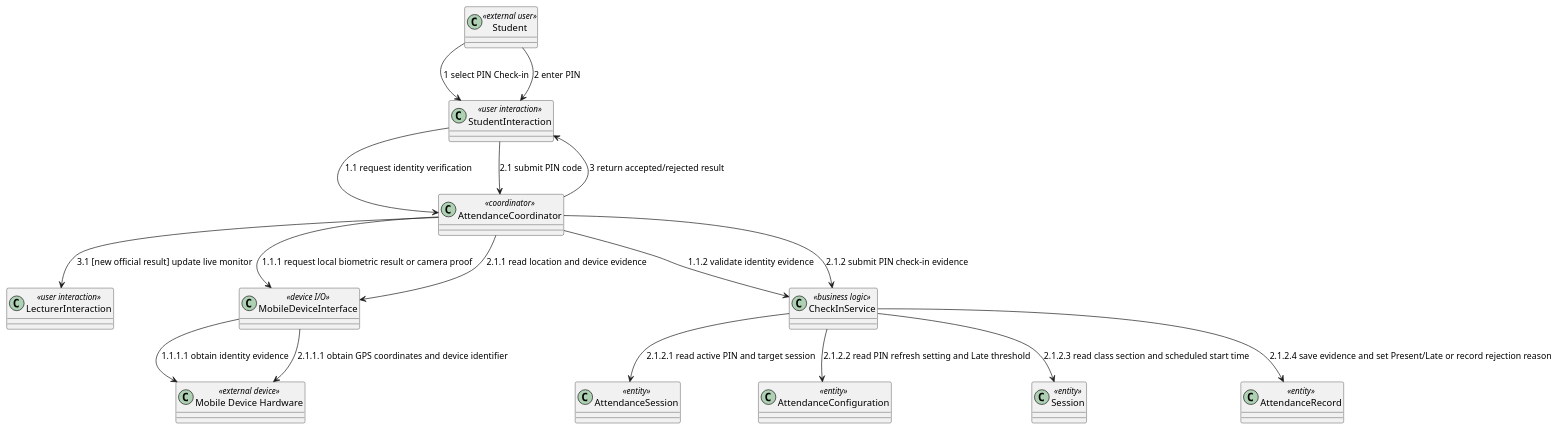
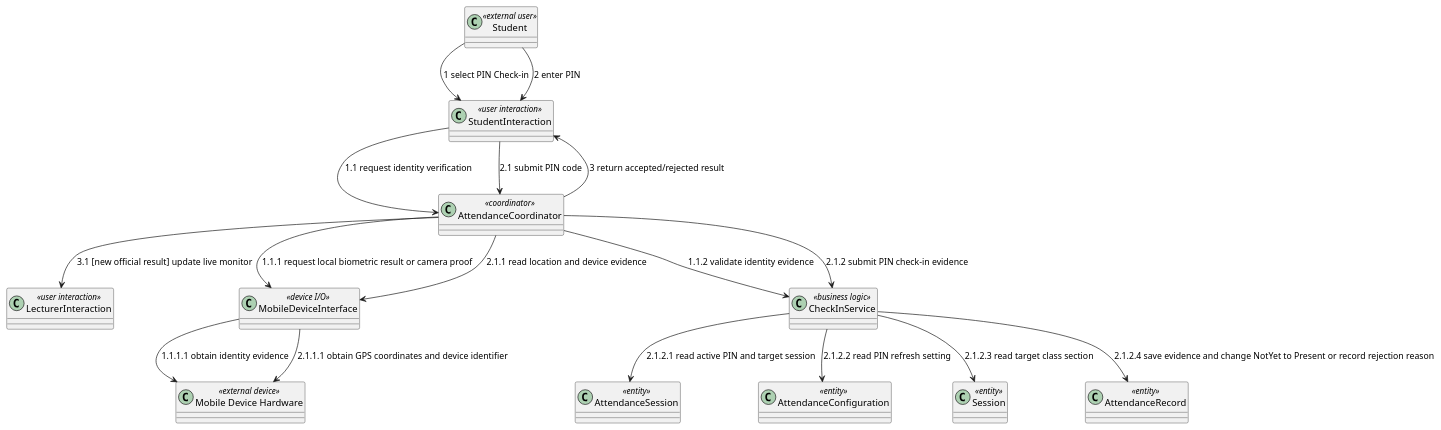
One commit to nttung42/SWD392 changed diagram 14 of 26 in docs/rds/2_Analysis.md. Above: the diagram before and after it, drawn with PlantUML. The commit also changed other lines of this file and 2 other files, not shown here.

````diff
--- a/docs/rds/2_Analysis.md
+++ b/docs/rds/2_Analysis.md
@@ -639,32 +638,32 @@
 ```plantuml
 @startuml
 class "Student" as Student <<external user>>
 class "Mobile Device Hardware" as MobileHardware <<external device>>
 class "StudentInteraction" as StudentUI <<user interaction>>
 class "LecturerInteraction" as LecturerUI <<user interaction>>
 class "AttendanceCoordinator" as CheckInControl <<coordinator>>
 class "MobileDeviceInterface" as MobileSensor <<device I/O>>
 class "CheckInService" as AttendanceRules <<business logic>>
 class "AttendanceSession" as AttendanceSession <<entity>>
 class "AttendanceConfiguration" as AttendanceConfig <<entity>>
 class "Session" as Session <<entity>>
 class "AttendanceRecord" as AttendanceRecord <<entity>>
 
 Student --> StudentUI : 1 select PIN Check-in
 StudentUI --> CheckInControl : 1.1 request identity verification
 CheckInControl --> MobileSensor : 1.1.1 request local biometric result or camera proof
 MobileSensor --> MobileHardware : 1.1.1.1 obtain identity evidence
 CheckInControl --> AttendanceRules : 1.1.2 validate identity evidence
 Student --> StudentUI : 2 enter PIN
 StudentUI --> CheckInControl : 2.1 submit PIN code
 CheckInControl --> MobileSensor : 2.1.1 read location and device evidence
 MobileSensor --> MobileHardware : 2.1.1.1 obtain GPS coordinates and device identifier
 CheckInControl --> AttendanceRules : 2.1.2 submit PIN check-in evidence
 AttendanceRules --> AttendanceSession : 2.1.2.1 read active PIN and target session
-AttendanceRules --> AttendanceConfig : 2.1.2.2 read PIN refresh setting and Late threshold
-AttendanceRules --> Session : 2.1.2.3 read class section and scheduled start time
-AttendanceRules --> AttendanceRecord : 2.1.2.4 save evidence and set Present/Late or record rejection reason
+AttendanceRules --> AttendanceConfig : 2.1.2.2 read PIN refresh setting
+AttendanceRules --> Session : 2.1.2.3 read target class section
+AttendanceRules --> AttendanceRecord : 2.1.2.4 save evidence and change NotYet to Present or record rejection reason
 CheckInControl --> StudentUI : 3 return accepted/rejected result
 CheckInControl --> LecturerUI : 3.1 [new official result] update live monitor
 @enduml
 ```
````
